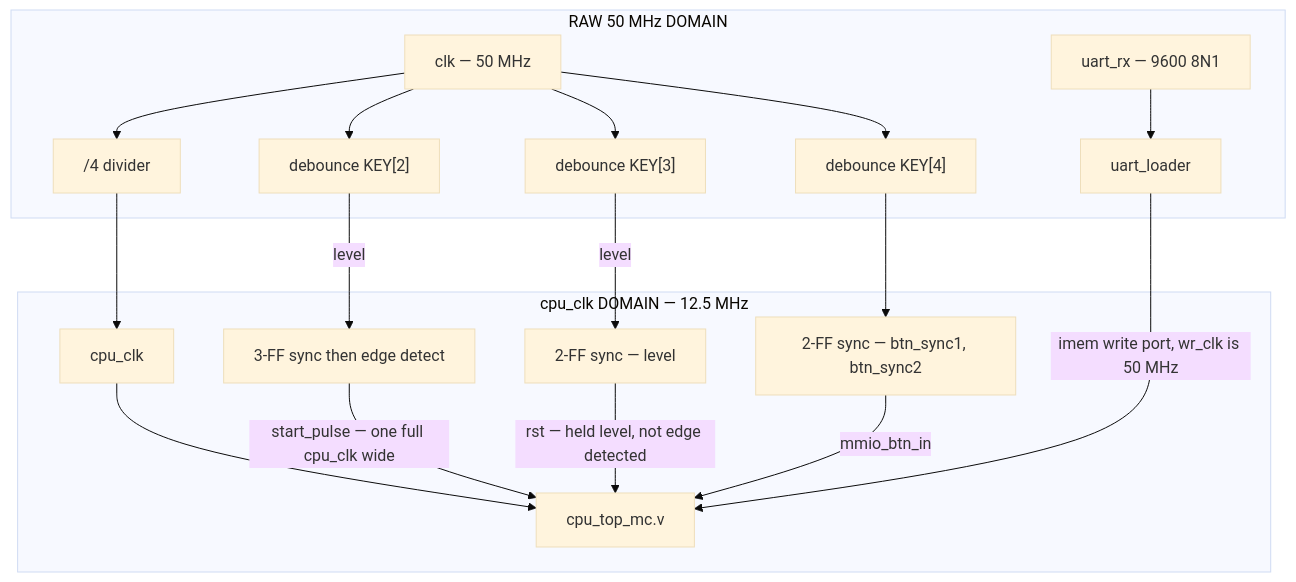
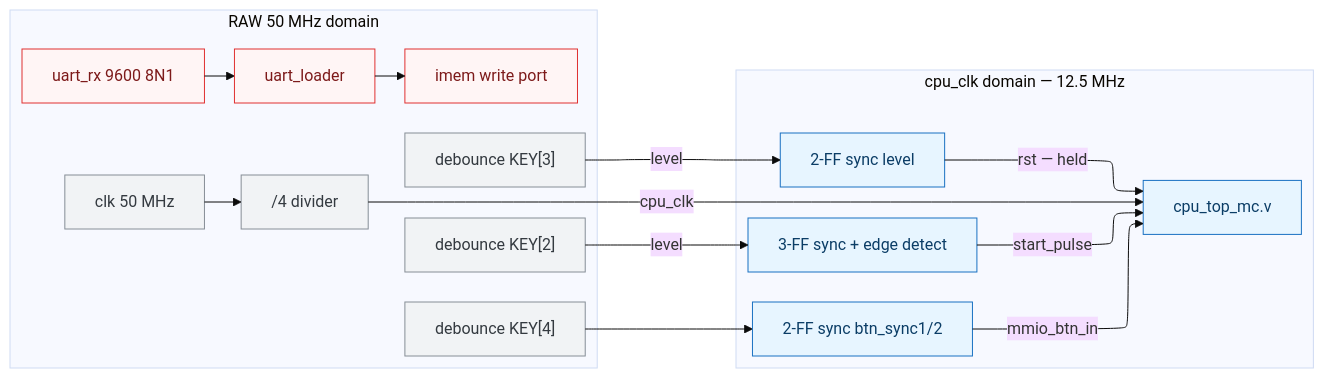
Before and after one commit to AtikRahat/mips-multi-cycle-cpu: the eighth of 11 diagrams in ARCHITECTURE.md, drawn with Mermaid (base theme). The commit also changed other lines of this file and 13 other files, not shown here.

First line of the commit message:
Switch architecture diagrams to the ELK layout engine

````diff
--- a/ARCHITECTURE.md
+++ b/ARCHITECTURE.md
@@ -497,40 +498,39 @@
 ```mermaid
-flowchart TB
-    subgraph RAW["RAW 50 MHz DOMAIN"]
-        CLK["clk — 50 MHz"]
+%%{init: {"flowchart": {"defaultRenderer": "elk"}} }%%
+flowchart LR
+    subgraph RAW["RAW 50 MHz domain"]
+        CLK["clk 50 MHz"]
         DIV["/4 divider"]
         D2["debounce KEY[2]"]
         D3["debounce KEY[3]"]
         D4["debounce KEY[4]"]
-        URX["uart_rx — 9600 8N1"]
+        URX["uart_rx 9600 8N1"]
         ULD["uart_loader"]
+        IMEMW["imem write port"]
     end
 
-    subgraph SLOW["cpu_clk DOMAIN — 12.5 MHz"]
-        CCP["cpu_clk"]
-        SY2["3-FF sync then edge detect"]
-        SY3["2-FF sync — level"]
+    subgraph SLOW["cpu_clk domain — 12.5 MHz"]
+        SY2["3-FF sync + edge detect"]
+        SY3["2-FF sync level"]
+        BSYNC["2-FF sync btn_sync1/2"]
         CPU["cpu_top_mc.v"]
-        BSYNC["2-FF sync — btn_sync1, btn_sync2"]
     end
 
     CLK --> DIV
-    DIV --> CCP
-    CCP --> CPU
-
-    CLK --> D2
-    CLK --> D3
-    CLK --> D4
-
+    DIV -->|cpu_clk| CPU
     D2 -->|level| SY2
-    SY2 -->|"start_pulse — one full cpu_clk wide"| CPU
-
+    SY2 -->|start_pulse| CPU
     D3 -->|level| SY3
-    SY3 -->|"rst — held level, not edge detected"| CPU
-
+    SY3 -->|"rst — held"| CPU
     D4 --> BSYNC
     BSYNC -->|mmio_btn_in| CPU
+    URX --> ULD
+    ULD --> IMEMW
 
-    URX --> ULD
-    ULD -->|"imem write port, wr_clk is 50 MHz"| CPU
+    classDef clk fill:#f1f3f5,stroke:#868e96,color:#343a40
+    classDef cpu fill:#e7f5ff,stroke:#1971c2,color:#0b3d66
+    classDef io fill:#fff5f5,stroke:#e03131,color:#7d1a1a
+    class CLK,DIV,D2,D3,D4 clk
+    class SY2,SY3,BSYNC,CPU cpu
+    class URX,ULD,IMEMW io
 ```
````
